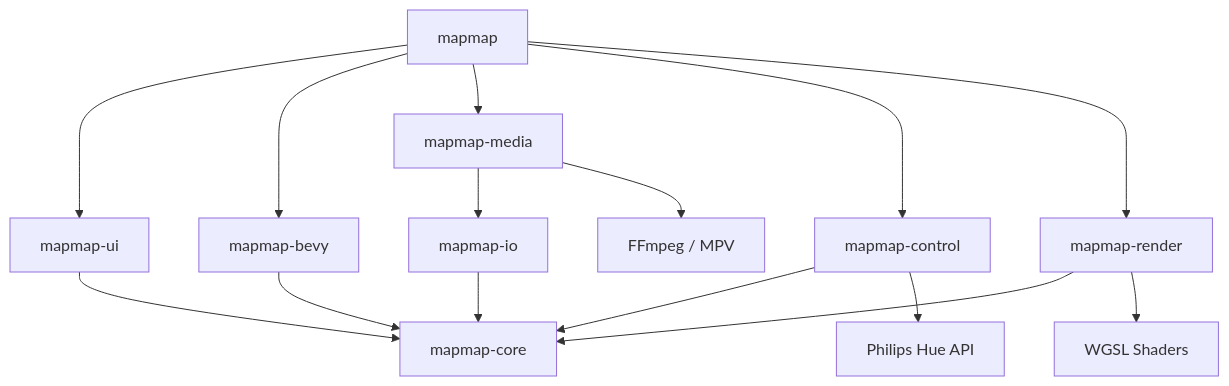
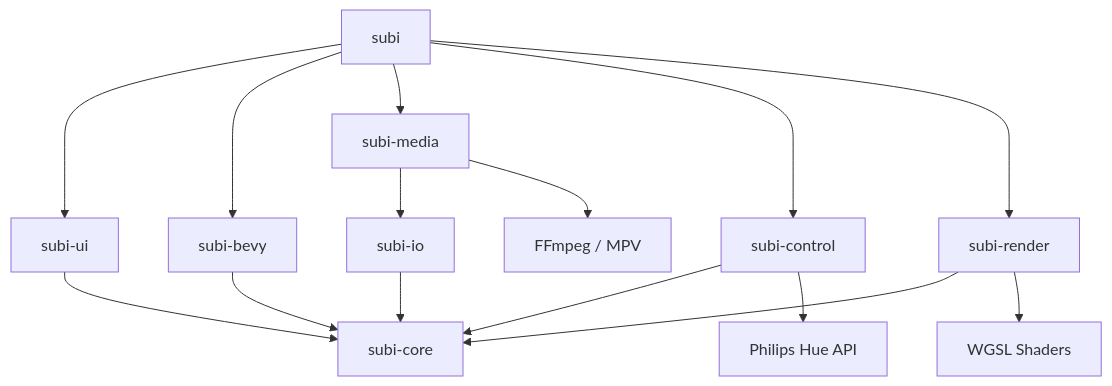
One commit to Vorce-Studios/Vorce changed the diagram in docs/A1_SYSTEM/B1_ARCHITECTURE/DOC-C1_OVERVIEW.md. Above: the diagram before and after it, drawn with Mermaid. The commit also changed other lines of this file and 735 other files, not shown here.

````diff
--- a/docs/A1_SYSTEM/B1_ARCHITECTURE/DOC-C1_OVERVIEW.md
+++ b/docs/A1_SYSTEM/B1_ARCHITECTURE/DOC-C1_OVERVIEW.md
@@ -11,21 +11,21 @@
 ```mermaid
 graph TD
     %% Crates
-    Main[mapmap] --> UI[mapmap-ui]
-    Main --> Bevy[mapmap-bevy]
-    Main --> Media[mapmap-media]
-    Main --> Control[mapmap-control]
-    Main --> Render[mapmap-render]
+    Main[subi] --> UI[subi-ui]
+    Main --> Bevy[subi-bevy]
+    Main --> Media[subi-media]
+    Main --> Control[subi-control]
+    Main --> Render[subi-render]
 
-    UI --> Core[mapmap-core]
+    UI --> Core[subi-core]
     Render --> Core
     Bevy --> Core
     Control --> Core
-    Media --> IO[mapmap-io]
+    Media --> IO[subi-io]
     IO --> Core
 
     %% Externe Ressourcen
     Render --> Shaders[WGSL Shaders]
     Media --> FFmpeg[FFmpeg / MPV]
     Control --> Hue[Philips Hue API]
 ```
````
